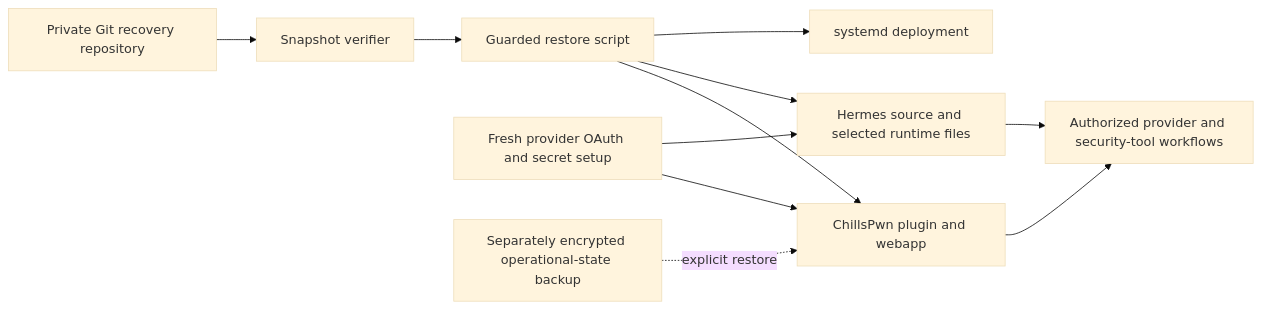
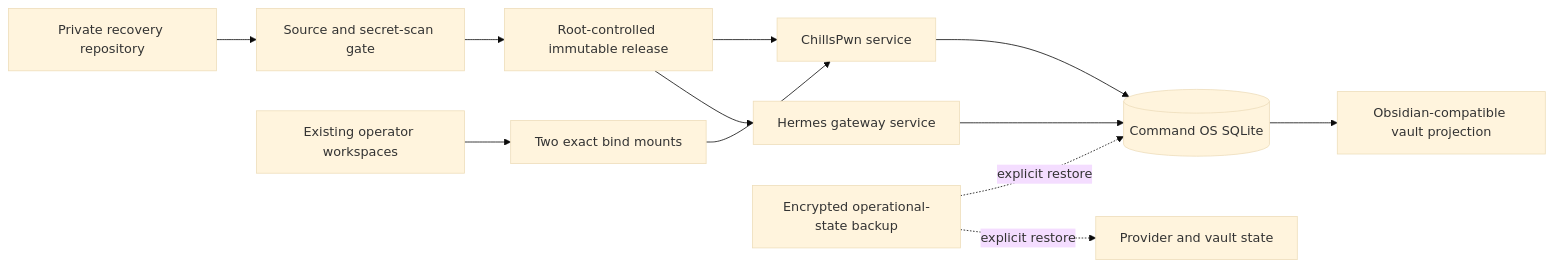
The diagram in docs/recovery-architecture.md (moeyahia/chillspwn-hermes-recovery), drawn with Mermaid (base theme) before and after one commit. The commit also changed other lines of this file and 426 other files, not shown here.

Commit message:
feat: deliver ChillsPwn Command OS V2.1 checkpoint

````diff
--- a/docs/recovery-architecture.md
+++ b/docs/recovery-architecture.md
@@ -7,13 +11,14 @@
 ```mermaid
 flowchart LR
-  R[Private Git recovery repository] --> V[Snapshot verifier]
-  V --> S[Guarded restore script]
-  S --> C[ChillsPwn plugin and webapp]
-  S --> H[Hermes source and selected runtime files]
-  S --> D[systemd deployment]
-  A[Fresh provider OAuth and secret setup] --> C
-  A --> H
-  E[Separately encrypted operational-state backup] -. explicit restore .-> C
-  C --> P[Authorized provider and security-tool workflows]
-  H --> P
+  R[Private recovery repository] --> V[Source and secret-scan gate]
+  V --> I[Root-controlled immutable release]
+  I --> C[ChillsPwn service]
+  I --> H[Hermes gateway service]
+  S[Encrypted operational-state backup] -. explicit restore .-> D[(Command OS SQLite)]
+  S -. explicit restore .-> P[Provider and vault state]
+  C --> D
+  H --> D
+  D --> B[Obsidian-compatible vault projection]
+  W[Existing operator workspaces] --> M[Two exact bind mounts]
+  M --> C
 ```
````
